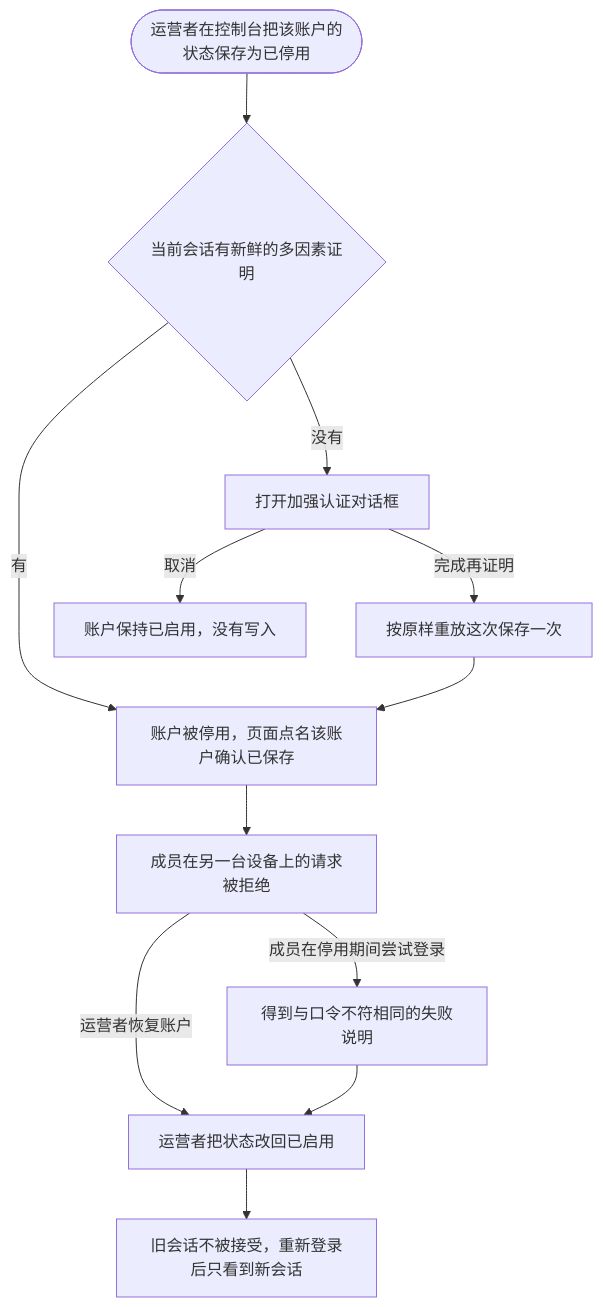
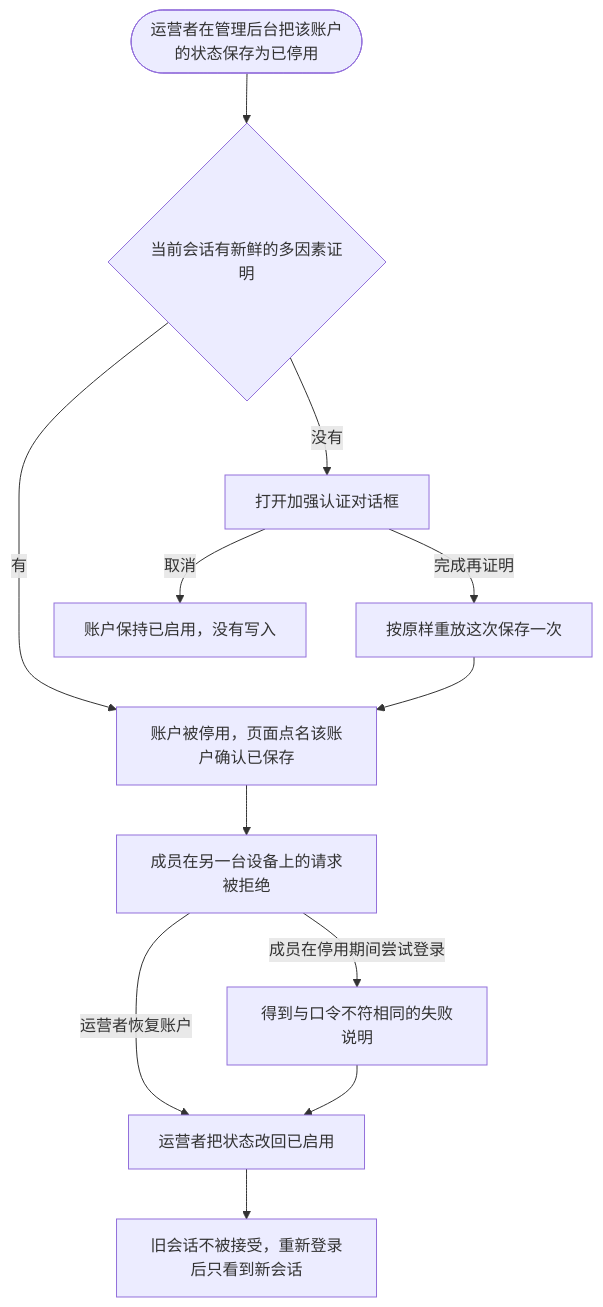
Before and after one commit to wangzw/speed: the diagram in docs/prd/journeys/journey-account-offboarding.md, drawn with Mermaid. The commit also changed other lines of this file and 43 other files, not shown here.

````diff
--- a/docs/prd/journeys/journey-account-offboarding.md
+++ b/docs/prd/journeys/journey-account-offboarding.md
@@ -27,14 +27,14 @@
 ```mermaid
 flowchart TD
-    start([运营者在控制台把该账户的状态保存为已停用]) --> fresh{当前会话有新鲜的多因素证明}
+    start([运营者在管理后台把该账户的状态保存为已停用]) --> fresh{当前会话有新鲜的多因素证明}
     fresh -->|有| disabled[账户被停用，页面点名该账户确认已保存]
     fresh -->|没有| dialog[打开加强认证对话框]
     dialog -->|完成再证明| replayed[按原样重放这次保存一次]
     replayed --> disabled
     dialog -->|取消| untouched[账户保持已启用，没有写入]
     disabled --> kicked[成员在另一台设备上的请求被拒绝]
     kicked -->|成员在停用期间尝试登录| refused[得到与口令不符相同的失败说明]
     kicked -->|运营者恢复账户| restored[运营者把状态改回已启用]
     refused --> restored
     restored --> newsession[旧会话不被接受，重新登录后只看到新会话]
 ```
````
